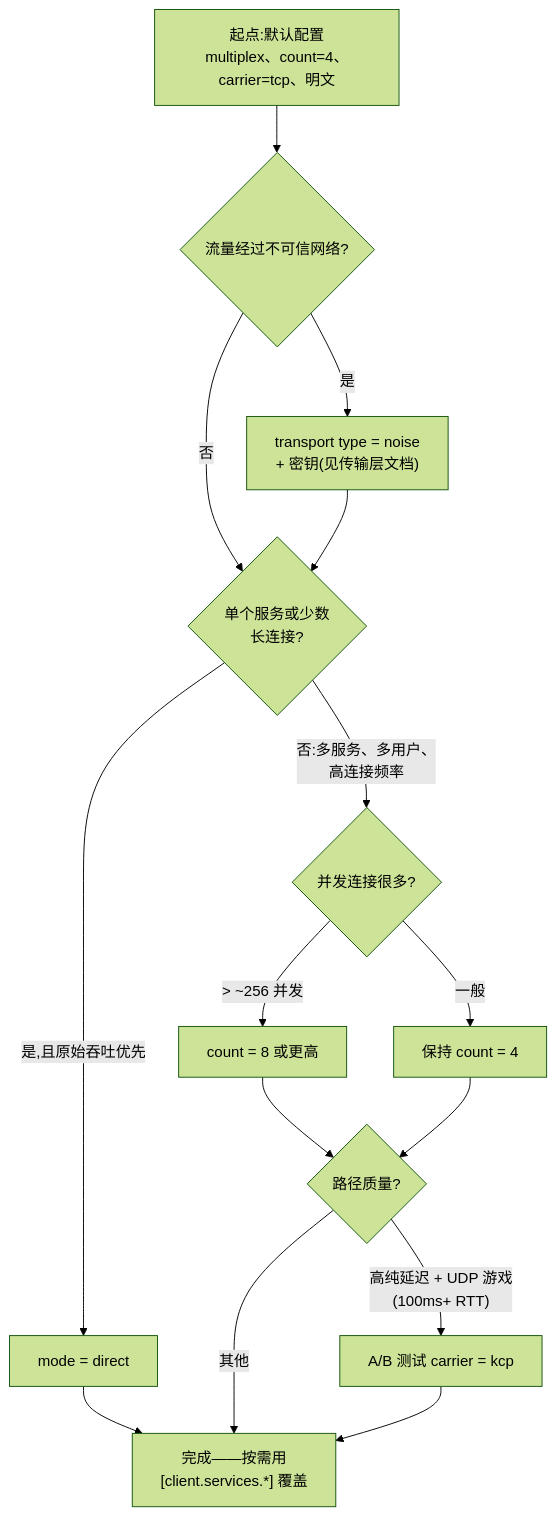
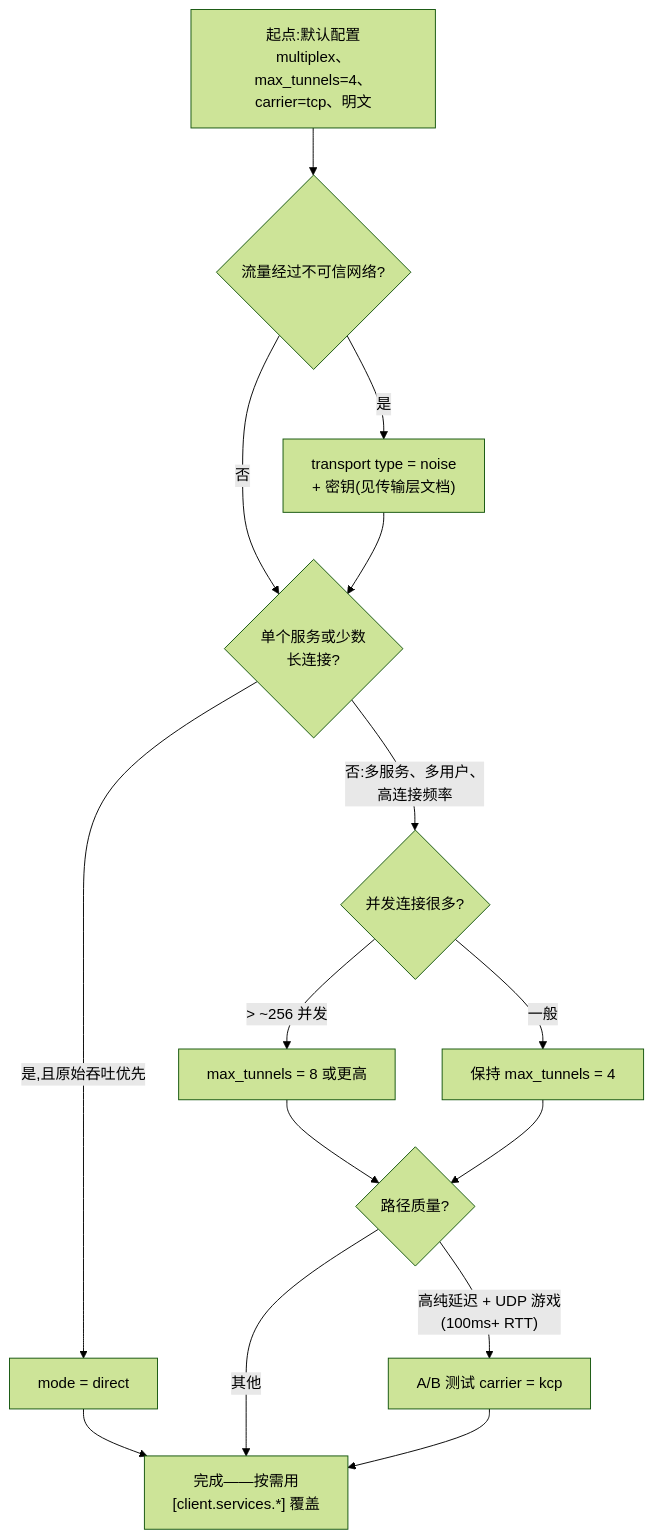
The diagram in docs/configuration.zh.md (NIyueeE/molehill), drawn with Mermaid (forest theme) before and after one commit. The commit also changed other lines of this file and 51 other files, not shown here.

````diff
--- a/docs/configuration.zh.md
+++ b/docs/configuration.zh.md
@@ -86,17 +110,17 @@
 ```mermaid
 flowchart TD
-    A["起点:默认配置<br/>multiplex、count=4、carrier=tcp、明文"] --> B{"流量经过不可信网络?"}
+    A["起点:默认配置<br/>multiplex、max_tunnels=4、<br/>carrier=tcp、明文"] --> B{"流量经过不可信网络?"}
     B -- 是 --> C["transport type = noise<br/>+ 密钥(见传输层文档)"]
     B -- 否 --> D{"单个服务或少数<br/>长连接?"}
     C --> D
     D -- "是,且原始吞吐优先" --> E["mode = direct"]
     D -- "否:多服务、多用户、<br/>高连接频率" --> F{"并发连接很多?"}
     E --> Z["完成——按需用<br/>[client.services.*] 覆盖"]
-    F -- "> ~256 并发" --> G["count = 8 或更高"]
-    F -- 一般 --> H["保持 count = 4"]
+    F -- "> ~256 并发" --> G["max_tunnels = 8 或更高"]
+    F -- 一般 --> H["保持 max_tunnels = 4"]
     G --> I{"路径质量?"}
     H --> I
     I -- "高纯延迟 + UDP 游戏<br/>(100ms+ RTT)" --> J["A/B 测试 carrier = kcp"]
     I -- 其他 --> Z
     J --> Z
 ```
````
